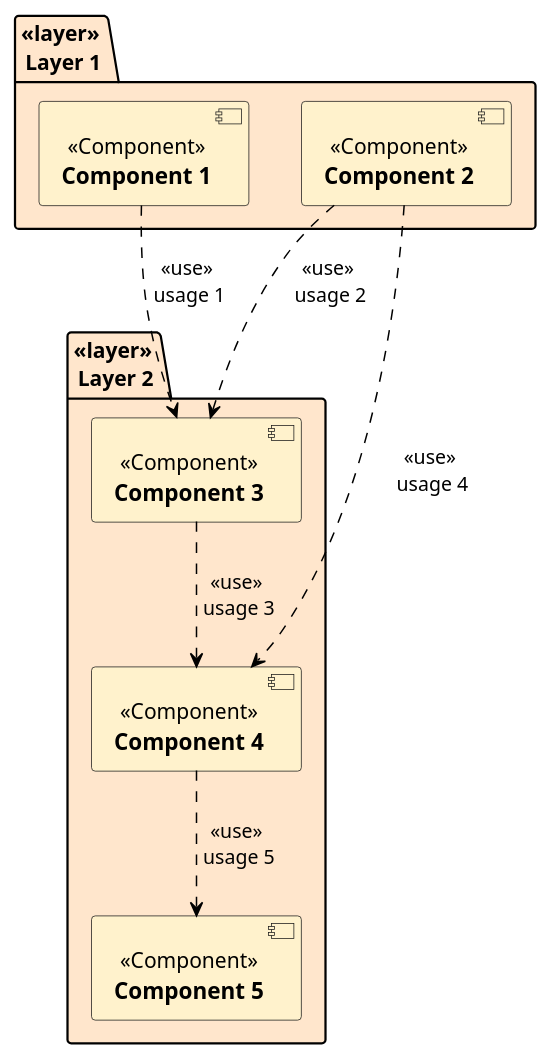
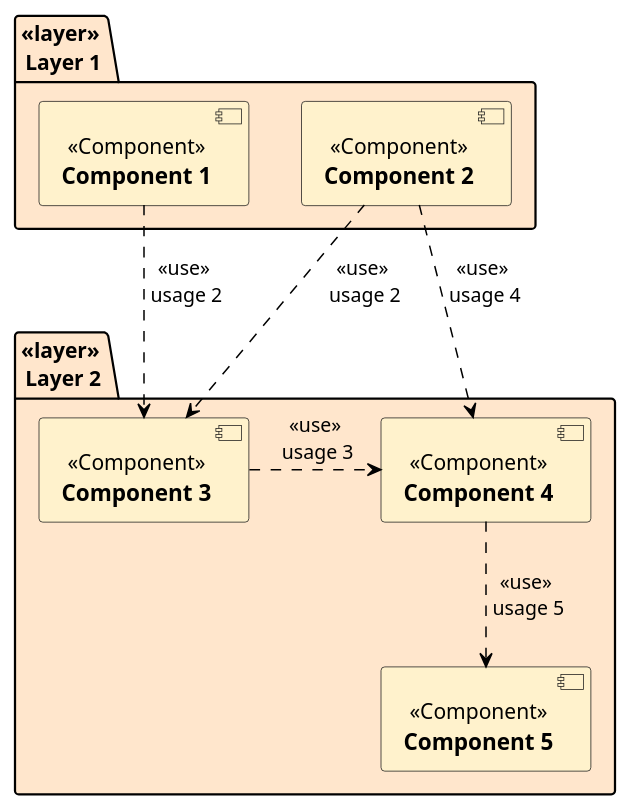
One commit to YanChunChang/BA_Plantuml changed the diagram in ADF-Design/layer-component.plantuml. Above: the diagram before and after it, drawn with PlantUML. The commit also changed 1 other file, not shown here.

Commit message:
added layer package diagram

```diff
--- a/ADF-Design/layer-component.plantuml
+++ b/ADF-Design/layer-component.plantuml
@@ -1,25 +1,25 @@
 @startuml layer component
 'left to right direction
 skinparam component {
     backgroundColor<<Component>> #fff2cc
     FontStyle normal
 }
 
 folder "<<layer>> \nLayer 1" as l1 #ffe6cc {
         [===Component 1] <<Component>> as c1
         [===Component 2] <<Component>> as c2
 }
 
 folder "<<layer>> \nLayer 2" as l2 #ffe6cc {
         [===Component 3] <<Component>> as c3
         [===Component 4] <<Component>> as c4
         [===Component 5] <<Component>> as c5
 }
 
-c1 --> c3  #black;line.dashed;:<<use>>\n usage 1
+c1 --> c3  #black;line.dashed;:<<use>>\n usage 2
 c2 --> c3  #black;line.dashed;:<<use>>\n usage 2
-c3 --> c4  #black;line.dashed;:<<use>>\n usage 3
+c3 -r-> c4  #black;line.dashed;:<<use>>\n usage 3
 c2 --> c4  #black;line.dashed;:<<use>>\n usage 4
 c4 --> c5  #black;line.dashed;:<<use>>\n usage 5
 
 @enduml
```
